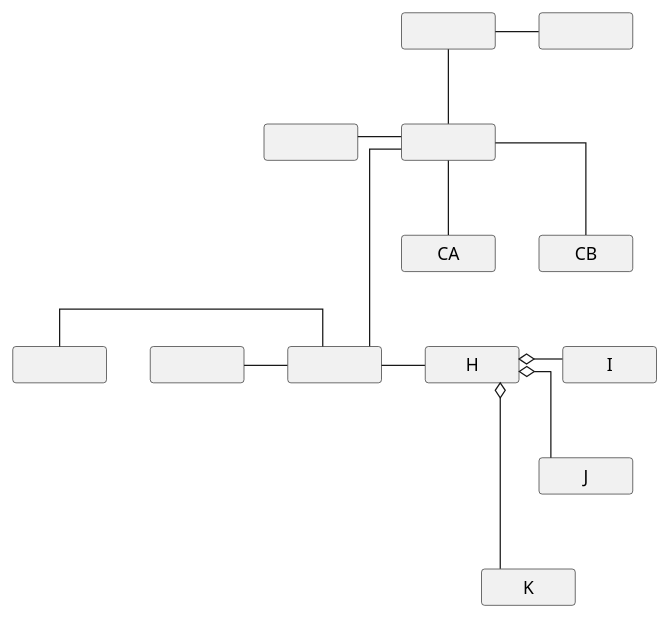
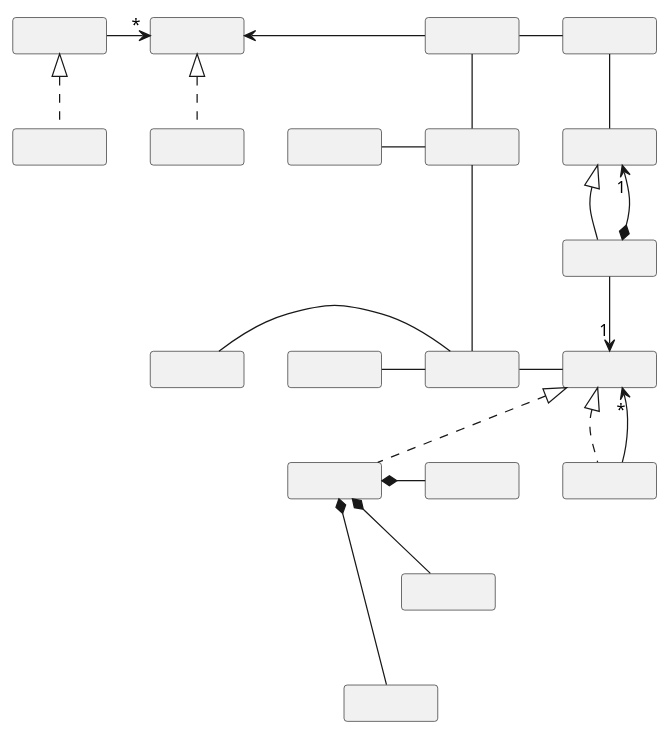
One commit to UNEsestudio/cosc220-sync-lectures changed the first of 8 diagrams in classmodelling/program.wsd. Above: the diagram before and after it, drawn with PlantUML. The commit also changed other lines of this file and 9 other files, not shown here.

```diff
--- a/classmodelling/program.wsd
+++ b/classmodelling/program.wsd
@@ -1,34 +1,52 @@
 @startuml largeprog
 hide circle
 hide members
 skinparam MinClassWidth 75
-skinparam Linetype ortho
+
+class " " as Parent 
+class " " as Decorator extends Parent
+Decorator *-up-> "1" Parent
+
+interface " " as Composite
+Decorator -right-> "1" Composite 
+class " " as Leaf implements Composite
+class " " as Comp implements Composite
+Comp -up-> "*" Composite
+
+interface " " as Listener
+interface " " as Observable
+Observable -right-> "*" Listener
+class " " as ConcListener implements Listener
+class " " as ConcObservable implements Observable
 
 class " " as A
 class " " as B
 class " " as C
 class " " as D
 class " " as E
 class " " as F
 class " " as G
+class " " as I
+class " " as J
+class " " as K
+
+B -- Parent
 
 A - B
 A -- C
 D -right- C
 
-C -- CA
-C -- CB
-
 C --- E
 E -left-- F
 E -left-- G
 
-E --right- H
+E --right- Composite
 
-H o-right- I
-H o-right- J
-H o-right- K
+Leaf *-right- I
+Leaf *-right- J
+Leaf *-right- K
 I -[hidden]- J
 J -[hidden]- K
 
+Listener <- A
 @enduml
```
